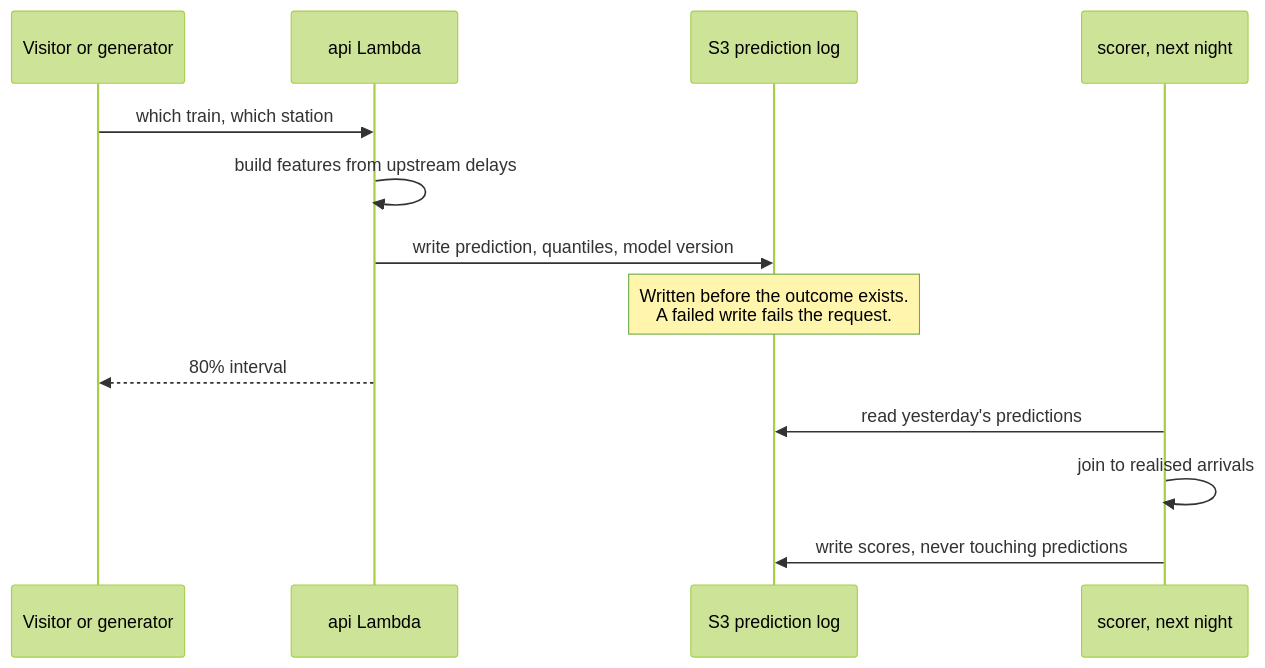
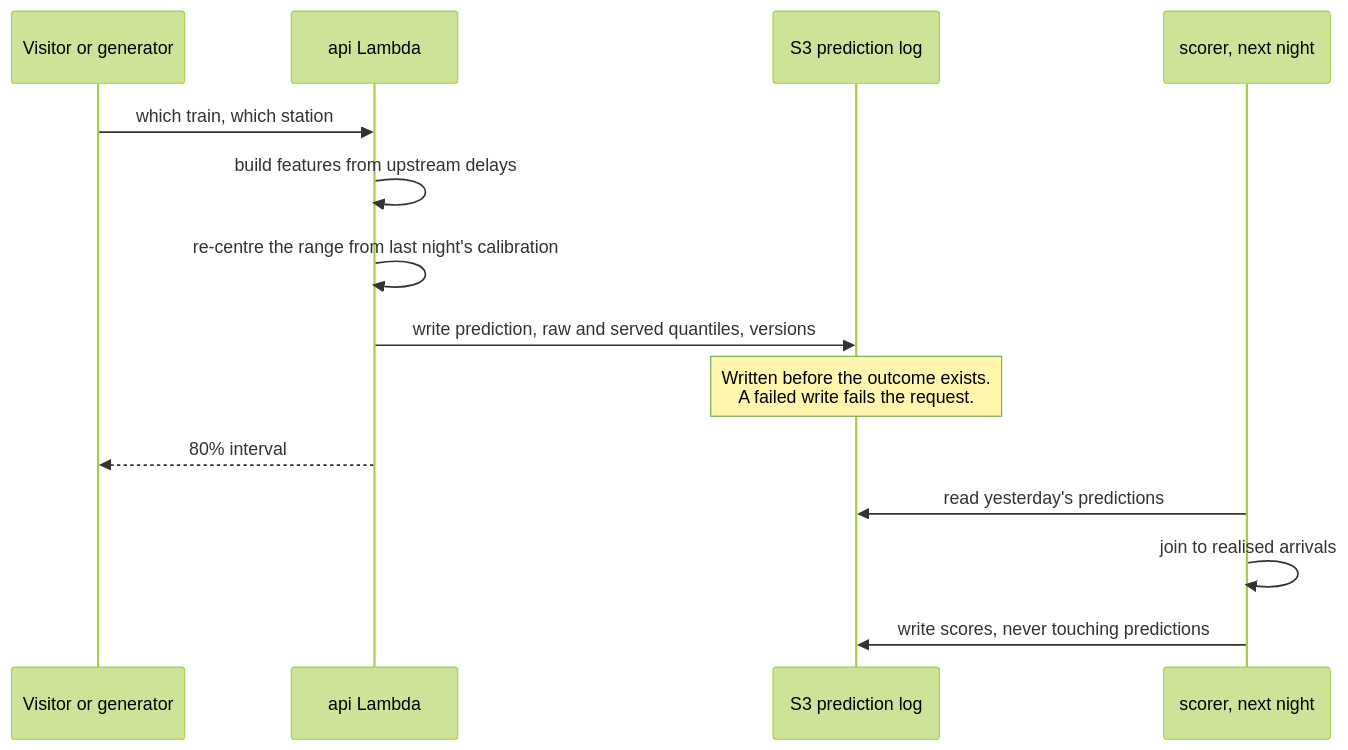
One commit to XxAG17xX/irish-rail-delay-predictor changed the second of 2 diagrams in README.md. Above: the diagram before and after it, drawn with Mermaid (forest theme). The commit also changed other lines of this file and 12 other files, not shown here.

````diff
--- a/README.md
+++ b/README.md
@@ -132,16 +156,17 @@
 ```mermaid
 sequenceDiagram
     participant V as Visitor or generator
     participant A as api Lambda
     participant L as S3 prediction log
     participant N as scorer, next night
 
     V->>A: which train, which station
     A->>A: build features from upstream delays
-    A->>L: write prediction, quantiles, model version
+    A->>A: re-centre the range from last night's calibration
+    A->>L: write prediction, raw and served quantiles, versions
     Note over L: Written before the outcome exists.<br/>A failed write fails the request.
     A-->>V: 80% interval
     N->>L: read yesterday's predictions
     N->>N: join to realised arrivals
     N->>L: write scores, never touching predictions
 ```
````
